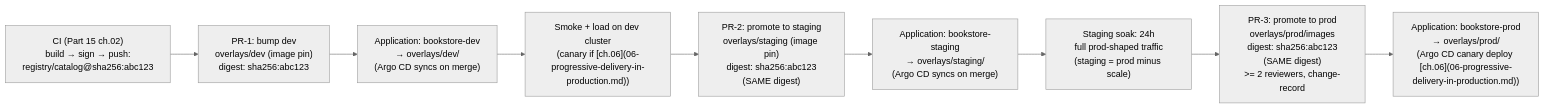
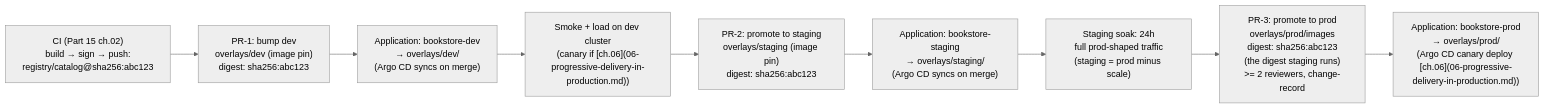
One commit to abd-ulbasit/bookstore-kubernetes-guide changed the diagram in full-guide/15-day-to-day-production-ops/04-multi-environment-promotion.md. Above: the diagram before and after it, drawn with Mermaid (neutral theme). The commit also changed other lines of this file and 7 other files, not shown here.

````diff
--- a/full-guide/15-day-to-day-production-ops/04-multi-environment-promotion.md
+++ b/full-guide/15-day-to-day-production-ops/04-multi-environment-promotion.md
@@ -124,18 +125,18 @@
 ```mermaid
 flowchart LR
     dev_ci["CI (Part 15 ch.02)<br/>build → sign → push:<br/>registry/catalog@sha256:abc123"]
     pr1["PR-1: bump dev<br/>overlays/dev (image pin)<br/>digest: sha256:abc123"]
     dev_app["Application: bookstore-dev<br/>→ overlays/dev/<br/>(Argo CD syncs on merge)"]
 
     test_dev["Smoke + load on dev cluster<br/>(canary if [ch.06](06-progressive-delivery-in-production.md))"]
 
-    pr2["PR-2: promote to staging<br/>overlays/staging (image pin)<br/>digest: sha256:abc123<br/>(SAME digest)"]
+    pr2["PR-2: promote to staging<br/>overlays/staging (image pin)<br/>digest: sha256:abc123"]
     stg_app["Application: bookstore-staging<br/>→ overlays/staging/<br/>(Argo CD syncs on merge)"]
 
     test_stg["Staging soak: 24h<br/>full prod-shaped traffic<br/>(staging = prod minus scale)"]
 
-    pr3["PR-3: promote to prod<br/>overlays/prod/images<br/>digest: sha256:abc123<br/>(SAME digest)<br/>>= 2 reviewers, change-record"]
+    pr3["PR-3: promote to prod<br/>overlays/prod/images<br/>digest: sha256:abc123<br/>(the digest staging runs)<br/>>= 2 reviewers, change-record"]
     prd_app["Application: bookstore-prod<br/>→ overlays/prod/<br/>(Argo CD canary deploy [ch.06](06-progressive-delivery-in-production.md))"]
 
     dev_ci --> pr1 --> dev_app --> test_dev --> pr2 --> stg_app --> test_stg --> pr3 --> prd_app
 ```
````
